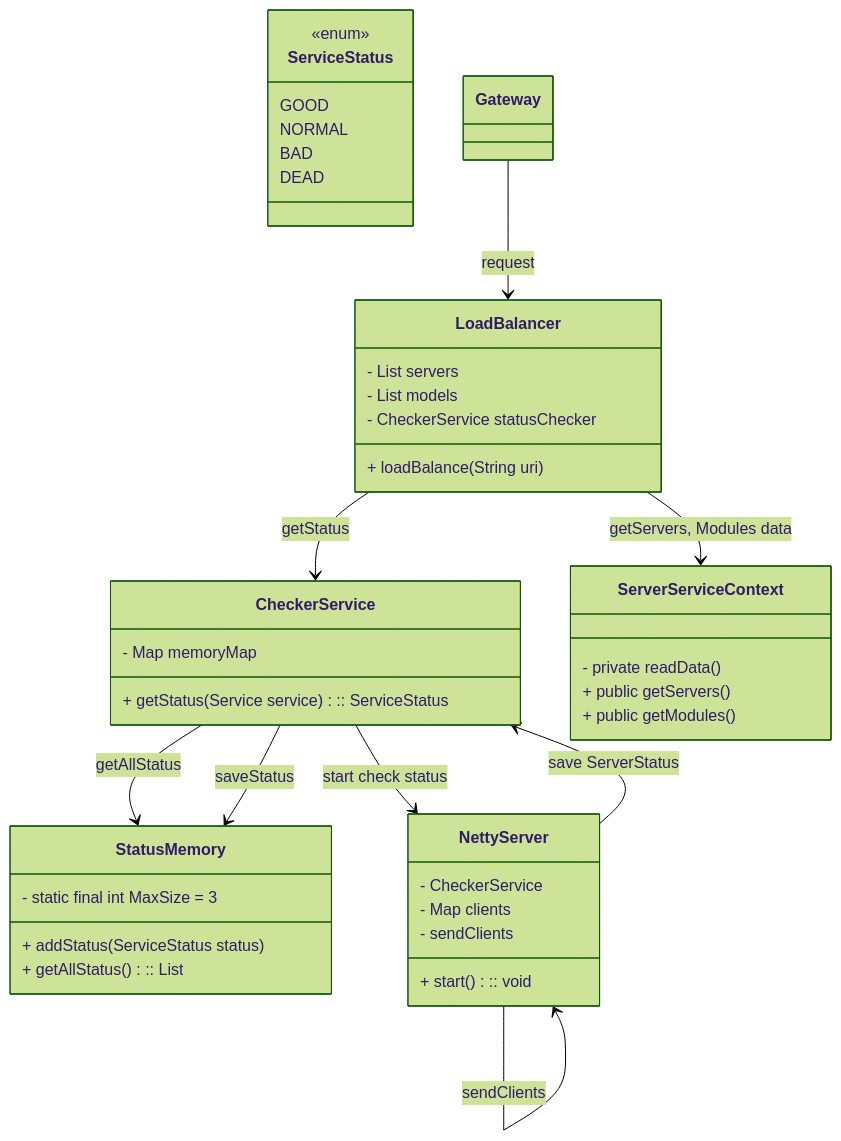
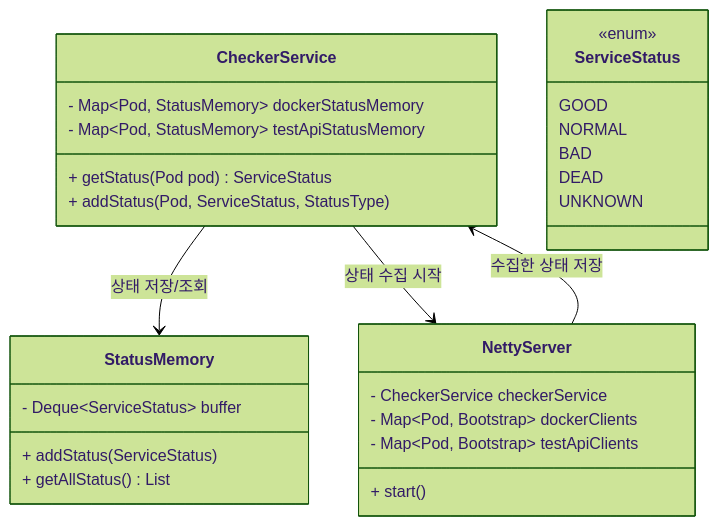
The second of 3 diagrams in Gateway/README.md (kwonhee1/Yacht-MSA), drawn with Mermaid (forest theme) before and after one commit. The commit also changed other lines of this file, not shown here.

````diff
--- a/Gateway/README.md
+++ b/Gateway/README.md
@@ -134,54 +96,32 @@
 ```mermaid
 classDiagram
-
+    class CheckerService {
+        - Map~Pod, StatusMemory~ dockerStatusMemory
+        - Map~Pod, StatusMemory~ testApiStatusMemory
+        + getStatus(Pod pod) ServiceStatus
+        + addStatus(Pod, ServiceStatus, StatusType)
+    }
+    class StatusMemory {
+        - Deque~ServiceStatus~ buffer
+        + addStatus(ServiceStatus)
+        + getAllStatus() List
+    }
+    class NettyServer {
+        - CheckerService checkerService
+        - Map~Pod, Bootstrap~ dockerClients
+        - Map~Pod, Bootstrap~ testApiClients
+        + start()
+    }
     class ServiceStatus {
         <<enum>>
         GOOD
         NORMAL
         BAD
         DEAD
+        UNKNOWN
     }
 
-    class LoadBalancer {
-        - List<Server> servers
-        - List<Module> models
-        - CheckerService statusChecker
-        + loadBalance(String uri)
-    }
-    
-    class CheckerService {
-        - Map memoryMap
-        + getStatus(Service service) :: ServiceStatus
-    }
-    
-    class StatusMemory {
-        - static final int MaxSize = 3
-        + addStatus(ServiceStatus status)
-        + getAllStatus() :: List
-    }
-    
-    class NettyServer {
-        - CheckerService
-        - Map clients
-        + start() :: void
-        - sendClients
-    }
-    
-    class ServerServiceContext {
-        - private readData()
-        + public getServers()
-        + public getModules()
-    }
-    
-    Gateway --> LoadBalancer : request
-    
-    LoadBalancer --> CheckerService : getStatus
-    LoadBalancer --> ServerServiceContext : getServers, Modules data
-    
-    CheckerService --> StatusMemory : getAllStatus
-    CheckerService --> StatusMemory : saveStatus
-    CheckerService --> NettyServer : start check status
-    
-    NettyServer --> CheckerService : save ServerStatus
-    NettyServer --> NettyServer : sendClients
+    CheckerService --> StatusMemory : 상태 저장/조회
+    CheckerService --> NettyServer : 상태 수집 시작
+    NettyServer --> CheckerService : 수집한 상태 저장
 ```
````
